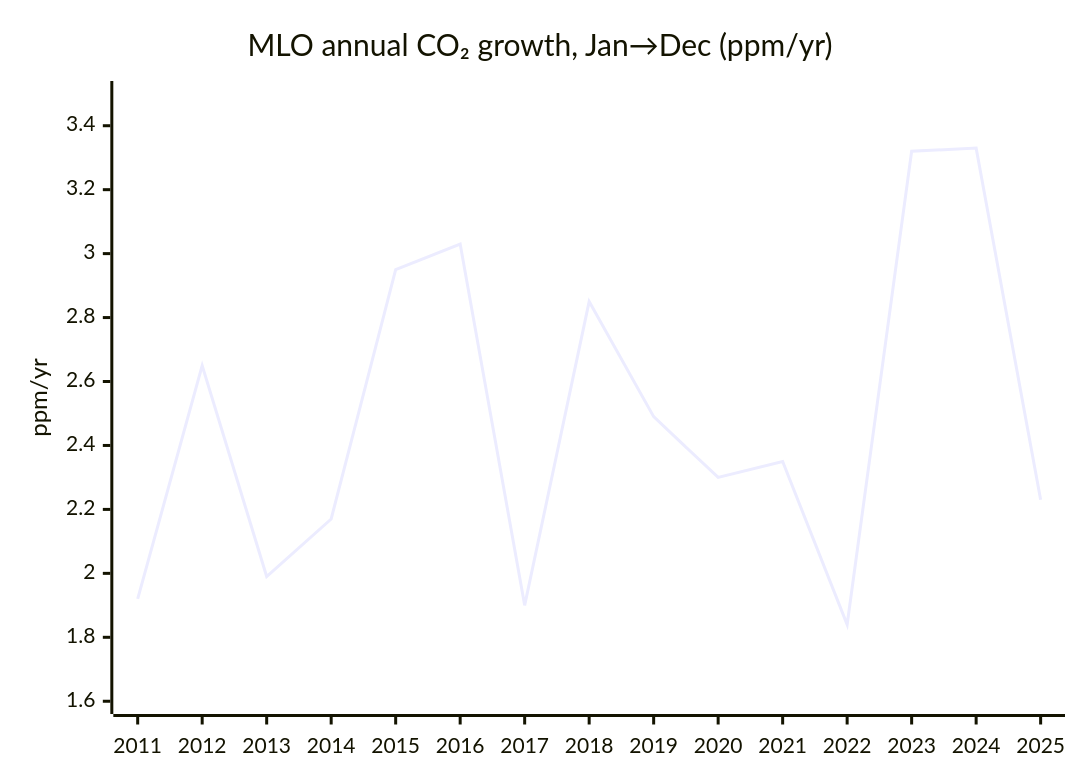
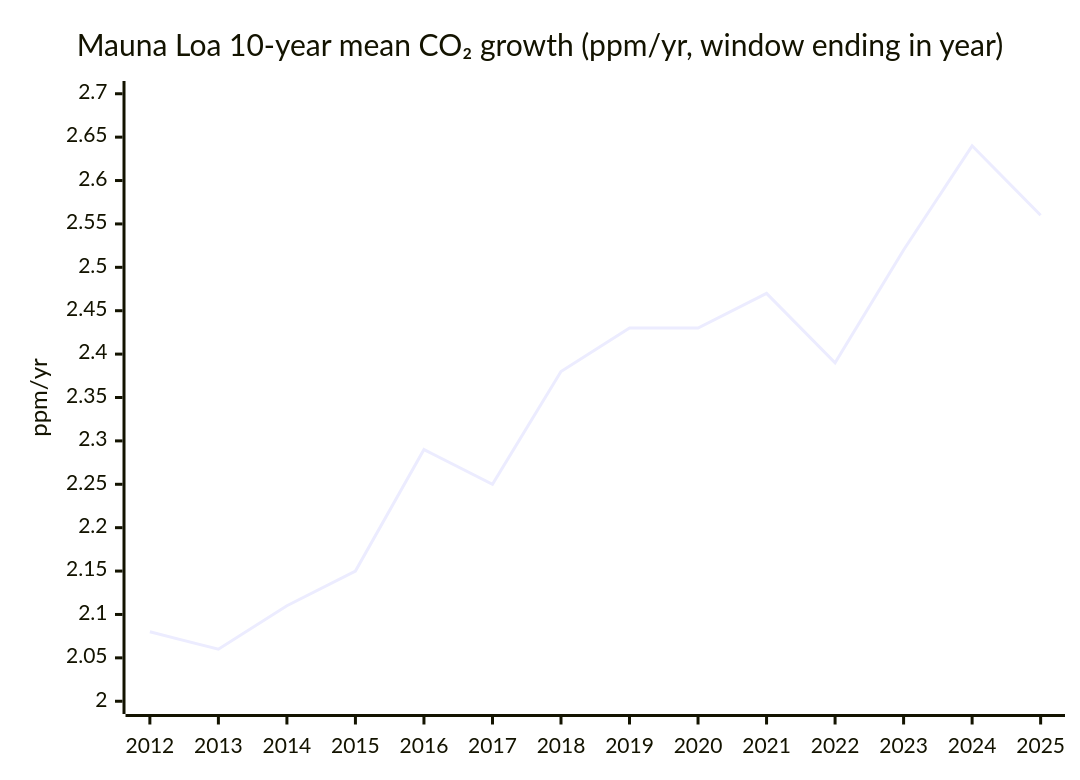
One commit to pasky/grand-endeavors changed the second of 2 diagrams in pilot-26H1/climate.md. Above: the diagram before and after it, drawn with Mermaid. The commit also changed other lines of this file, not shown here.

Commit message:
pilot-26H1 climate: bulletin draft

````diff
--- a/pilot-26H1/climate.md
+++ b/pilot-26H1/climate.md
@@ -55,8 +74,8 @@
 ```mermaid
 xychart-beta
-    %% kpi: climate co2-growth-mlo-jan-dec --label year
-    title "MLO annual CO₂ growth, Jan→Dec (ppm/yr)"
-    x-axis [2011, 2012, 2013, 2014, 2015, 2016, 2017, 2018, 2019, 2020, 2021, 2022, 2023, 2024, 2025]
-    y-axis "ppm/yr" 1.6 --> 3.5
-    line [1.92, 2.65, 1.99, 2.17, 2.95, 3.03, 1.90, 2.85, 2.49, 2.30, 2.35, 1.84, 3.32, 3.33, 2.23]
+    %% kpi: climate co2-trend-10yr-mlo-jan-dec --since 2012 --label year
+    title "Mauna Loa 10-year mean CO₂ growth (ppm/yr, window ending in year)"
+    x-axis [2012, 2013, 2014, 2015, 2016, 2017, 2018, 2019, 2020, 2021, 2022, 2023, 2024, 2025]
+    y-axis "ppm/yr" 2.0 --> 2.7
+    line [2.08, 2.06, 2.11, 2.15, 2.29, 2.25, 2.38, 2.43, 2.43, 2.47, 2.39, 2.52, 2.64, 2.56]
 ```
````
